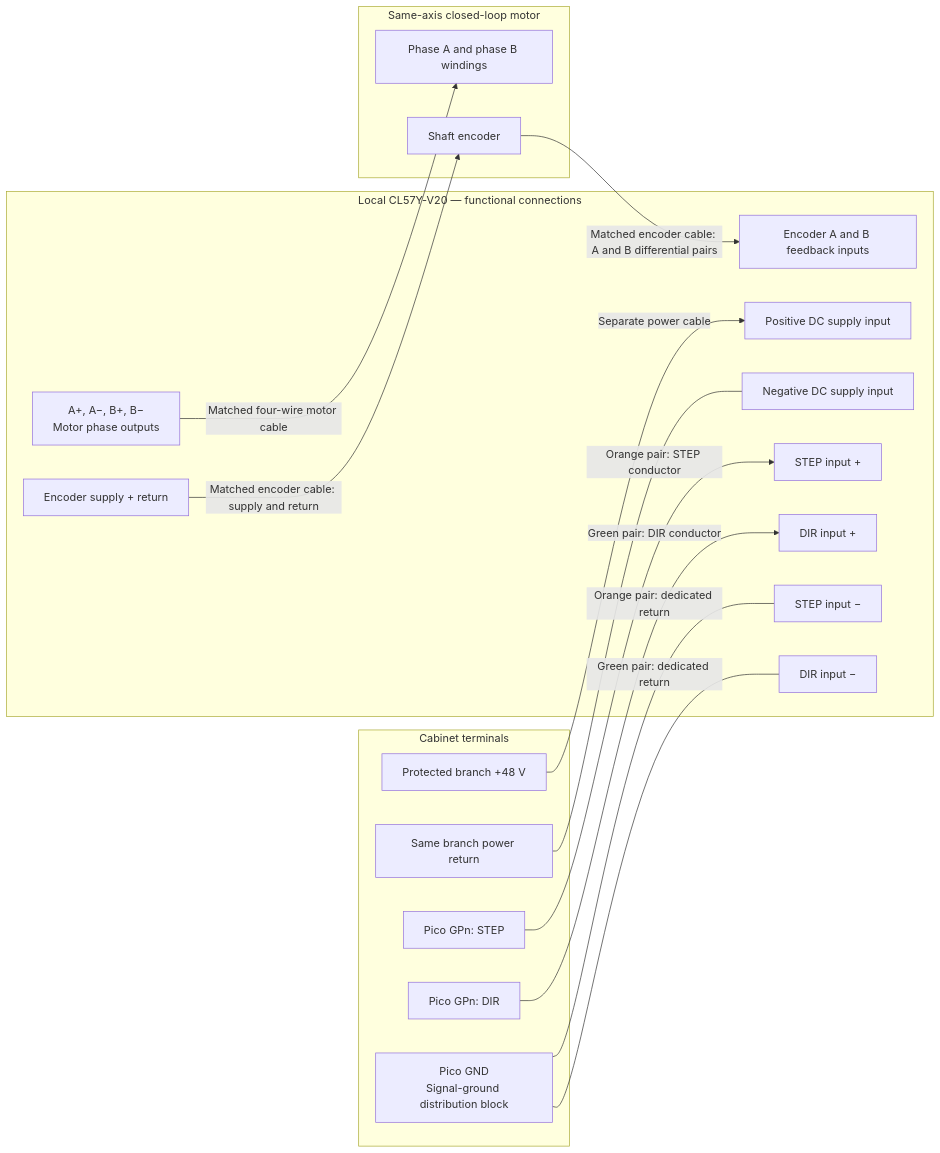
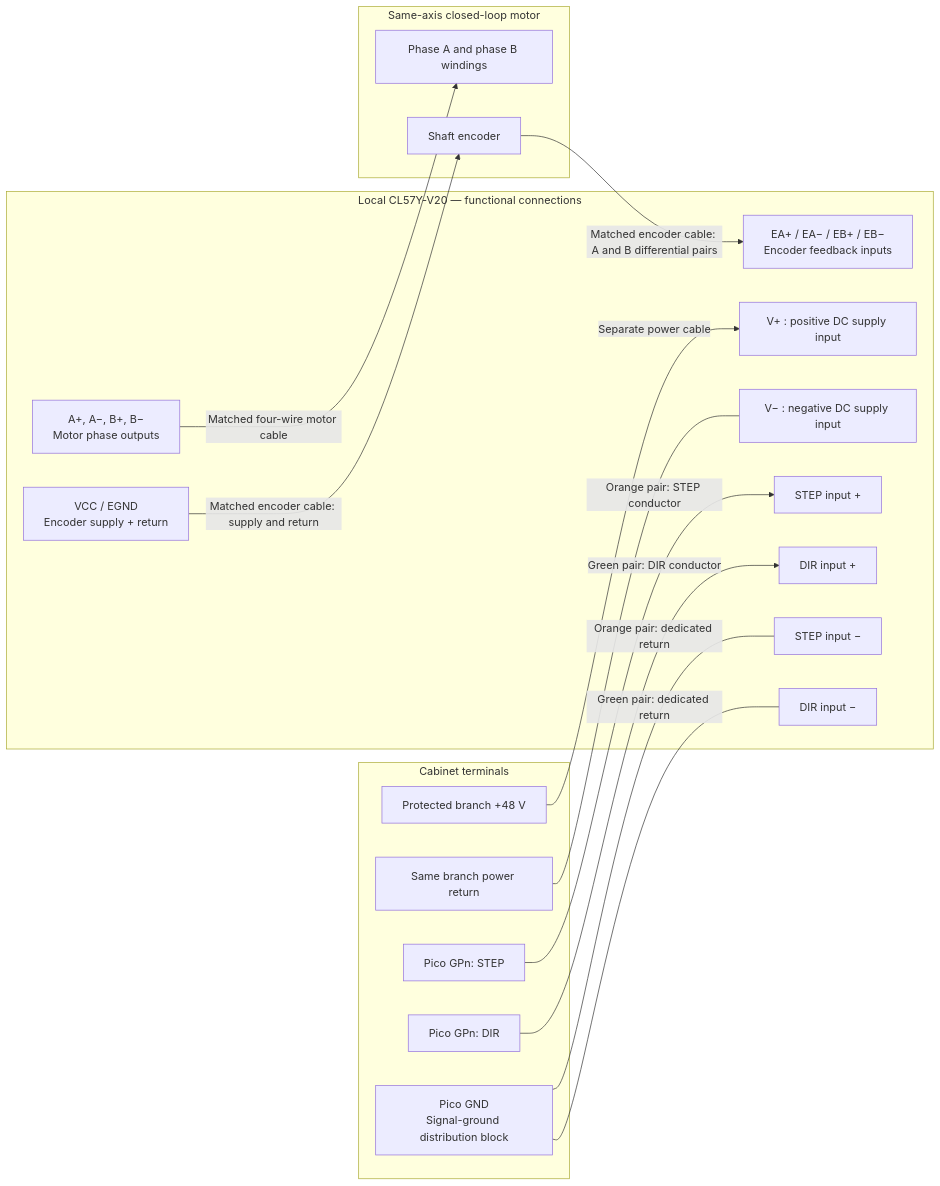
One commit to gredice/arbi changed the second of 2 diagrams in docs/assemblies/winch/wiring.md. Above: the diagram before and after it, drawn with Mermaid. The commit also changed other lines of this file and 10 other files, not shown here.

````diff
--- a/docs/assemblies/winch/wiring.md
+++ b/docs/assemblies/winch/wiring.md
@@ -49,34 +49,34 @@
 ```mermaid
 flowchart LR
     subgraph CAB["Cabinet terminals"]
         POS["Protected branch +48 V"]
         RET["Same branch power return"]
         STEP["Pico GPn: STEP"]
         DIR["Pico GPn: DIR"]
         SG["Pico GND<br/>Signal-ground distribution block"]
     end
     subgraph DRIVE["Local CL57Y-V20 — functional connections"]
-        VP["Positive DC supply input"]
-        VN["Negative DC supply input"]
+        VP["V+ : positive DC supply input"]
+        VN["V− : negative DC supply input"]
         SP["STEP input +"]
         SN["STEP input −"]
         DP["DIR input +"]
         DN["DIR input −"]
         PHASE["A+, A−, B+, B−<br/>Motor phase outputs"]
-        EP["Encoder supply + return"]
-        EF["Encoder A and B feedback inputs"]
+        EP["VCC / EGND<br/>Encoder supply + return"]
+        EF["EA+ / EA− / EB+ / EB−<br/>Encoder feedback inputs"]
     end
     subgraph MOTOR["Same-axis closed-loop motor"]
         WIND["Phase A and phase B windings"]
         ENC["Shaft encoder"]
     end
     POS -->|"Separate power cable"| VP
     RET --- VN
     STEP -->|"Orange pair: STEP conductor"| SP
     SG ---|"Orange pair: dedicated return"| SN
     DIR -->|"Green pair: DIR conductor"| DP
     SG ---|"Green pair: dedicated return"| DN
     PHASE -->|"Matched four-wire motor cable"| WIND
     EP -->|"Matched encoder cable: supply and return"| ENC
     ENC -->|"Matched encoder cable: A and B differential pairs"| EF
 ```
````
